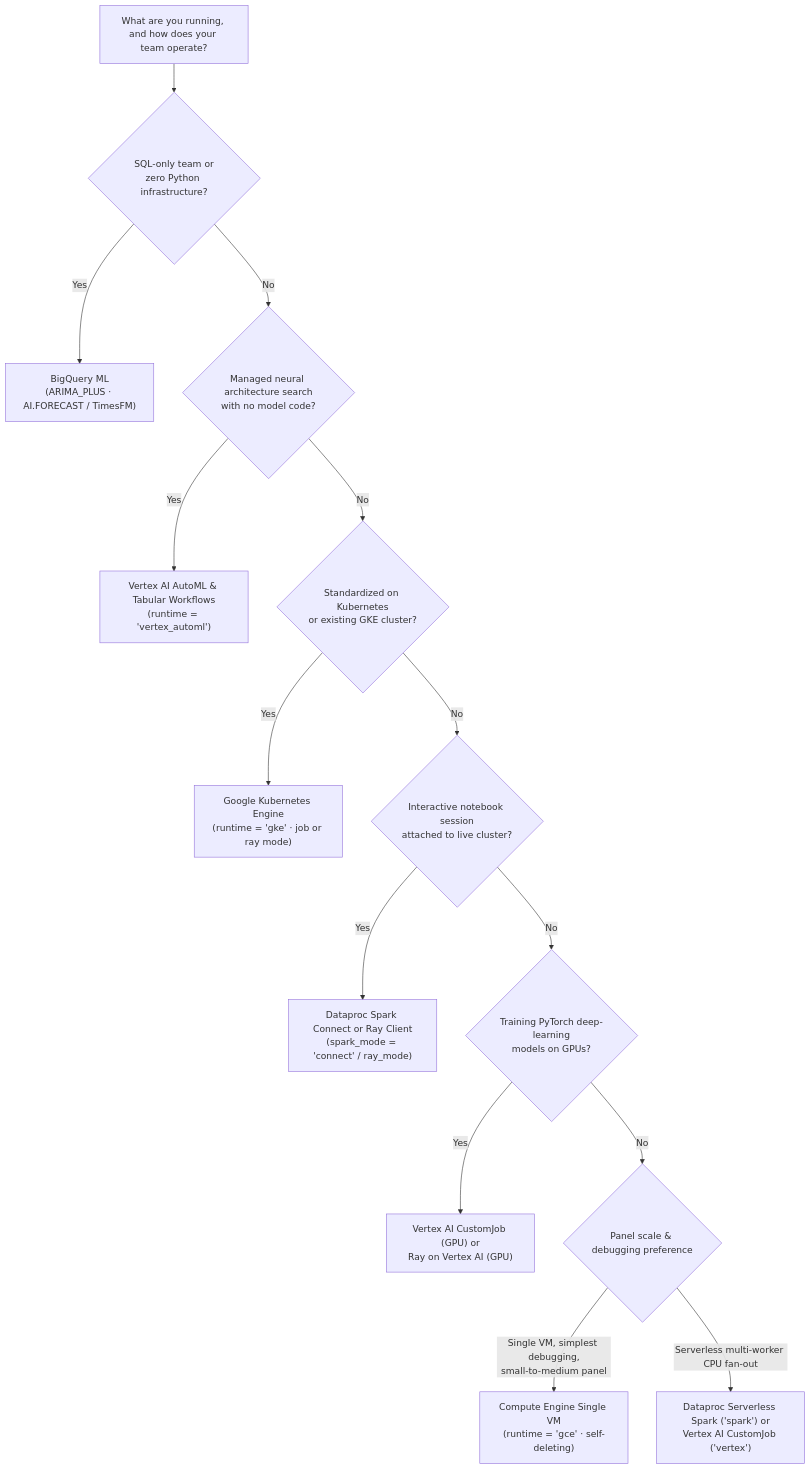
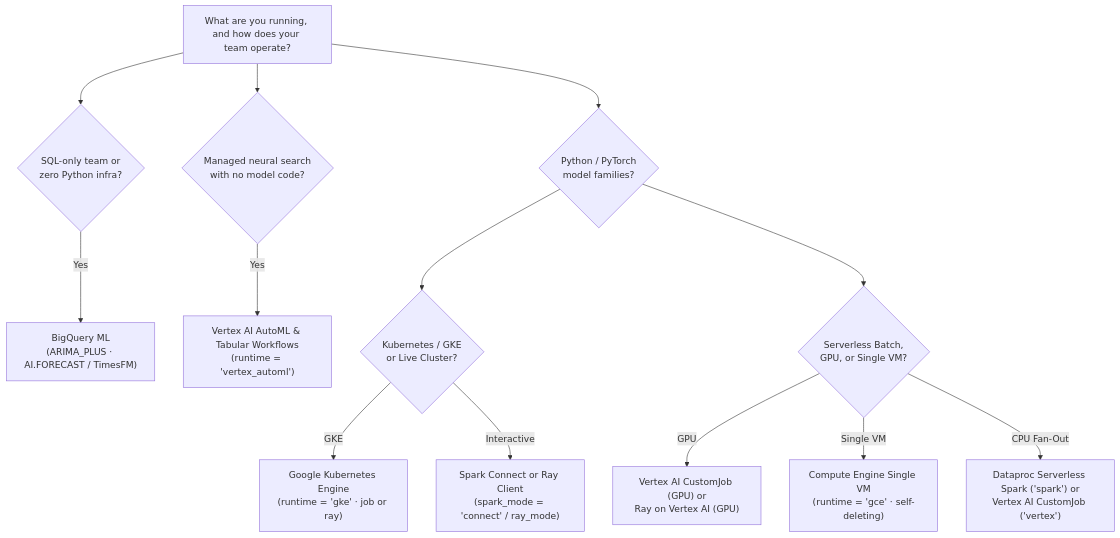
Before and after one commit to statmike/scale-forecasting: the diagram in docs/choosing_a_runtime.md, drawn with Mermaid. The commit also changed 16 other files, not shown here.

Commit message:
docs: expand temporal reconciliation reference, fix GitHub MathJax & Mermaid aspect ratios, and add pre-commit tripwires

````diff
--- a/docs/choosing_a_runtime.md
+++ b/docs/choosing_a_runtime.md
@@ -11,17 +11,20 @@
 ```mermaid
 flowchart TD
     START["What are you running, and how does your team operate?"]
-    START --> Q_SQL{"SQL-only team or<br/>zero Python infrastructure?"}
+    START --> Q_SQL{"SQL-only team or<br/>zero Python infra?"}
+    START --> Q_AUTO{"Managed neural search<br/>with no model code?"}
+    START --> Q_PY{"Python / PyTorch<br/>model families?"}
+
     Q_SQL -->|"Yes"| R_BQ["BigQuery ML<br/>(ARIMA_PLUS · AI.FORECAST / TimesFM)"]
-    Q_SQL -->|"No"| Q_AUTO{"Managed neural architecture search<br/>with no model code?"}
     Q_AUTO -->|"Yes"| R_AUTO["Vertex AI AutoML &amp; Tabular Workflows<br/>(runtime = 'vertex_automl')"]
-    Q_AUTO -->|"No"| Q_K8S{"Standardized on Kubernetes<br/>or existing GKE cluster?"}
-    Q_K8S -->|"Yes"| R_GKE["Google Kubernetes Engine<br/>(runtime = 'gke' · job or ray mode)"]
-    Q_K8S -->|"No"| Q_INT{"Interactive notebook session<br/>attached to live cluster?"}
-    Q_INT -->|"Yes"| R_CONN["Dataproc Spark Connect or Ray Client<br/>(spark_mode = 'connect' / ray_mode)"]
-    Q_INT -->|"No"| Q_GPU{"Training PyTorch deep-learning<br/>models on GPUs?"}
-    Q_GPU -->|"Yes"| R_GPU["Vertex AI CustomJob (GPU) or<br/>Ray on Vertex AI (GPU)"]
-    Q_GPU -->|"No"| Q_SCALE{"Panel scale &amp; debugging preference"}
-    Q_SCALE -->|"Single VM, simplest debugging,<br/>small-to-medium panel"| R_GCE["Compute Engine Single VM<br/>(runtime = 'gce' · self-deleting)"]
-    Q_SCALE -->|"Serverless multi-worker CPU fan-out"| R_CPU["Dataproc Serverless Spark ('spark') or<br/>Vertex AI CustomJob ('vertex')"]
+
+    Q_PY --> Q_K8S{"Kubernetes / GKE<br/>or Live Cluster?"}
+    Q_PY --> Q_SCALE{"Serverless Batch,<br/>GPU, or Single VM?"}
+
+    Q_K8S -->|"GKE"| R_GKE["Google Kubernetes Engine<br/>(runtime = 'gke' · job or ray)"]
+    Q_K8S -->|"Interactive"| R_CONN["Spark Connect or Ray Client<br/>(spark_mode = 'connect' / ray_mode)"]
+
+    Q_SCALE -->|"GPU"| R_GPU["Vertex AI CustomJob (GPU) or<br/>Ray on Vertex AI (GPU)"]
+    Q_SCALE -->|"Single VM"| R_GCE["Compute Engine Single VM<br/>(runtime = 'gce' · self-deleting)"]
+    Q_SCALE -->|"CPU Fan-Out"| R_CPU["Dataproc Serverless Spark ('spark') or<br/>Vertex AI CustomJob ('vertex')"]
 ```
````
